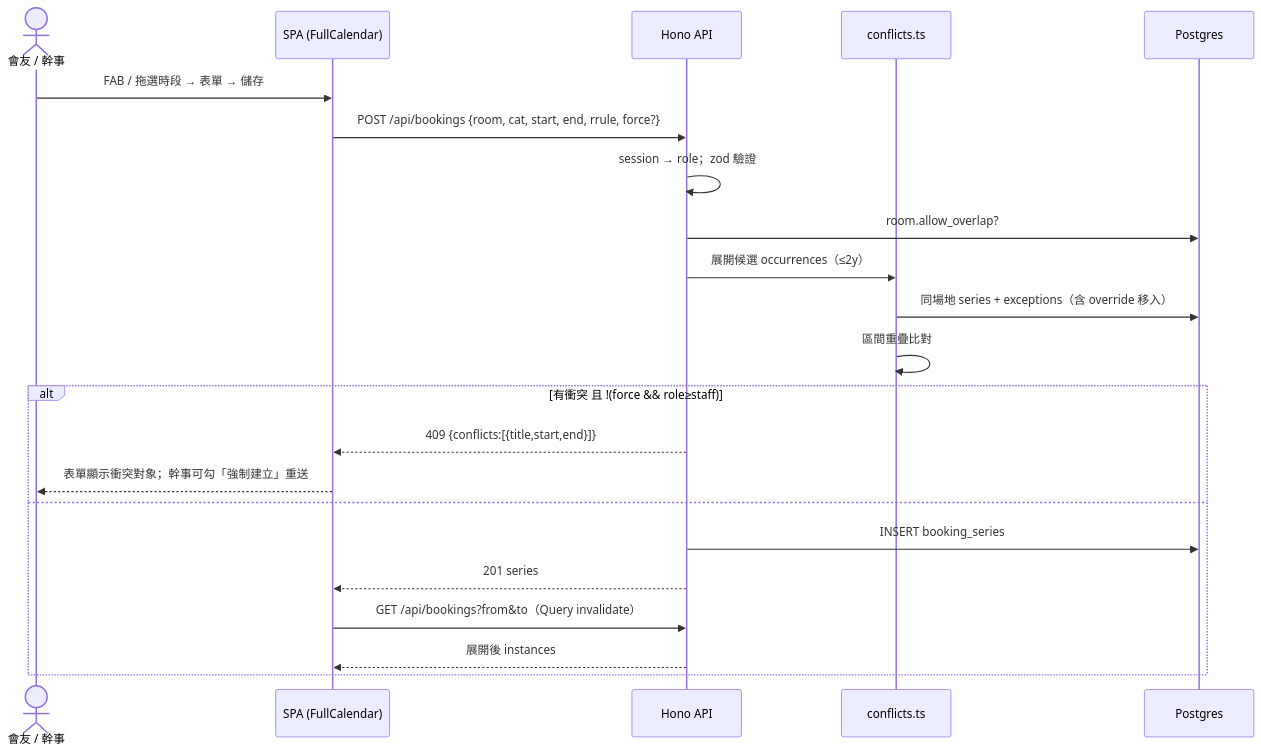
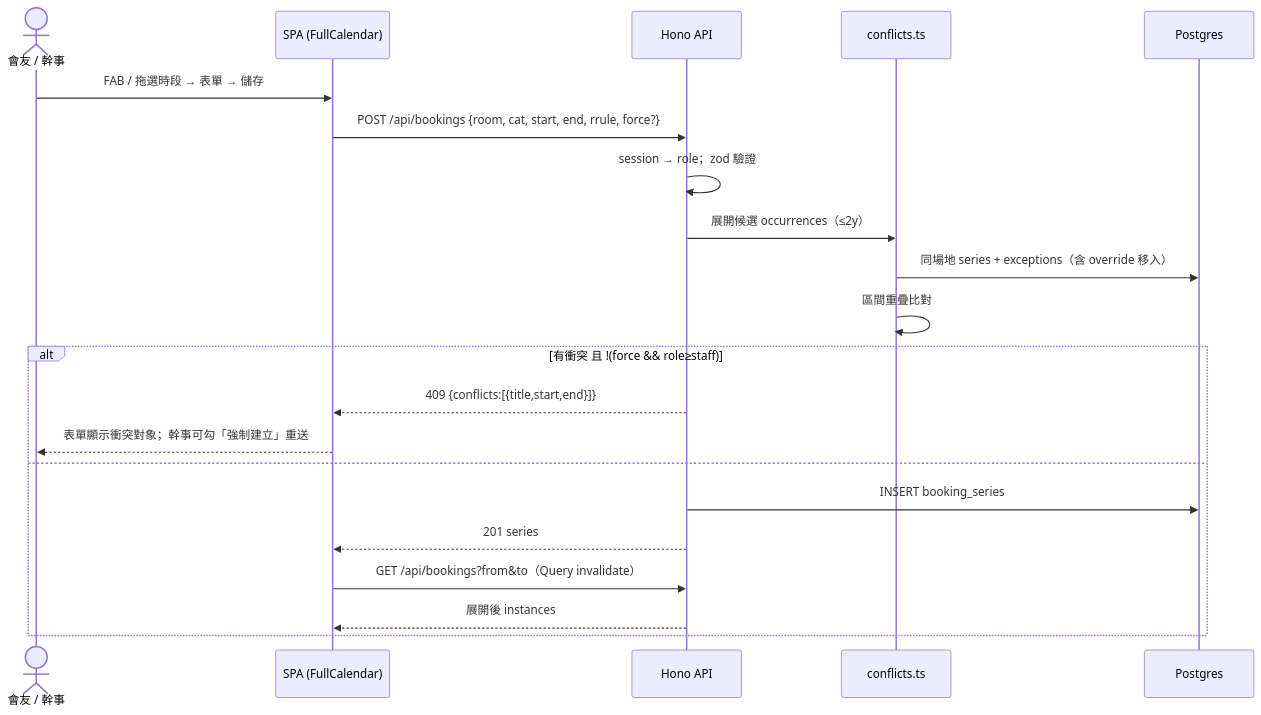
The fourth of 5 diagrams in docs/architecture.md (mushding/Shimen-Church-Book-System), drawn with Mermaid before and after one commit. The commit also changed other lines of this file and 11 other files, not shown here.

Commit message:
feat: drop room.allowOverlap (all rooms conflict-checked; migration 0001); colour picker parses minified oklch(%); flex-centred toggle knob

````diff
--- a/docs/architecture.md
+++ b/docs/architecture.md
@@ -134,24 +133,23 @@
 ```mermaid
 sequenceDiagram
   actor U as 會友 / 幹事
   participant W as SPA (FullCalendar)
   participant A as Hono API
   participant C as conflicts.ts
   participant D as Postgres
   U->>W: FAB / 拖選時段 → 表單 → 儲存
   W->>A: POST /api/bookings {room, cat, start, end, rrule, force?}
   A->>A: session → role；zod 驗證
-  A->>D: room.allow_overlap?
   A->>C: 展開候選 occurrences（≤2y）
   C->>D: 同場地 series + exceptions（含 override 移入）
   C->>C: 區間重疊比對
   alt 有衝突 且 !(force && role≥staff)
     A-->>W: 409 {conflicts:[{title,start,end}]}
     W-->>U: 表單顯示衝突對象；幹事可勾「強制建立」重送
   else
     A->>D: INSERT booking_series
     A-->>W: 201 series
     W->>A: GET /api/bookings?from&to（Query invalidate）
     A-->>W: 展開後 instances
   end
 ```
````
